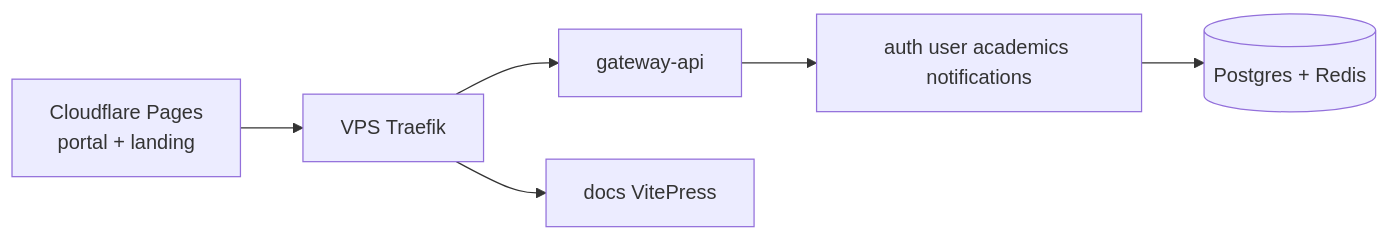
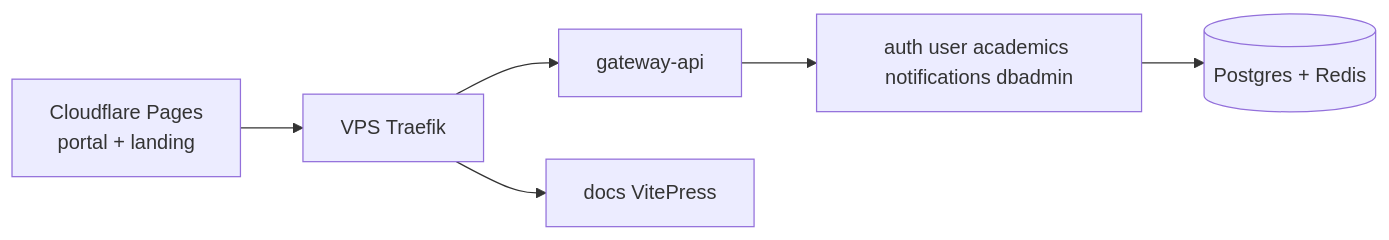
Before and after one commit to uniz-rguktong/uniz-master: the diagram in apps/uniz-docs/index.md, drawn with Mermaid. The commit also changed other lines of this file and 49 other files, not shown here.

````diff
--- a/apps/uniz-docs/index.md
+++ b/apps/uniz-docs/index.md
@@ -21,8 +24,8 @@
 ```mermaid
 flowchart LR
   FE[Cloudflare Pages<br/>portal + landing] --> API[VPS Traefik]
   API --> GW[gateway-api]
-  GW --> Svc[auth user academics notifications]
+  GW --> Svc[auth user academics notifications dbadmin]
   API --> Docs[docs VitePress]
   Svc --> Data[(Postgres + Redis)]
 ```
````
